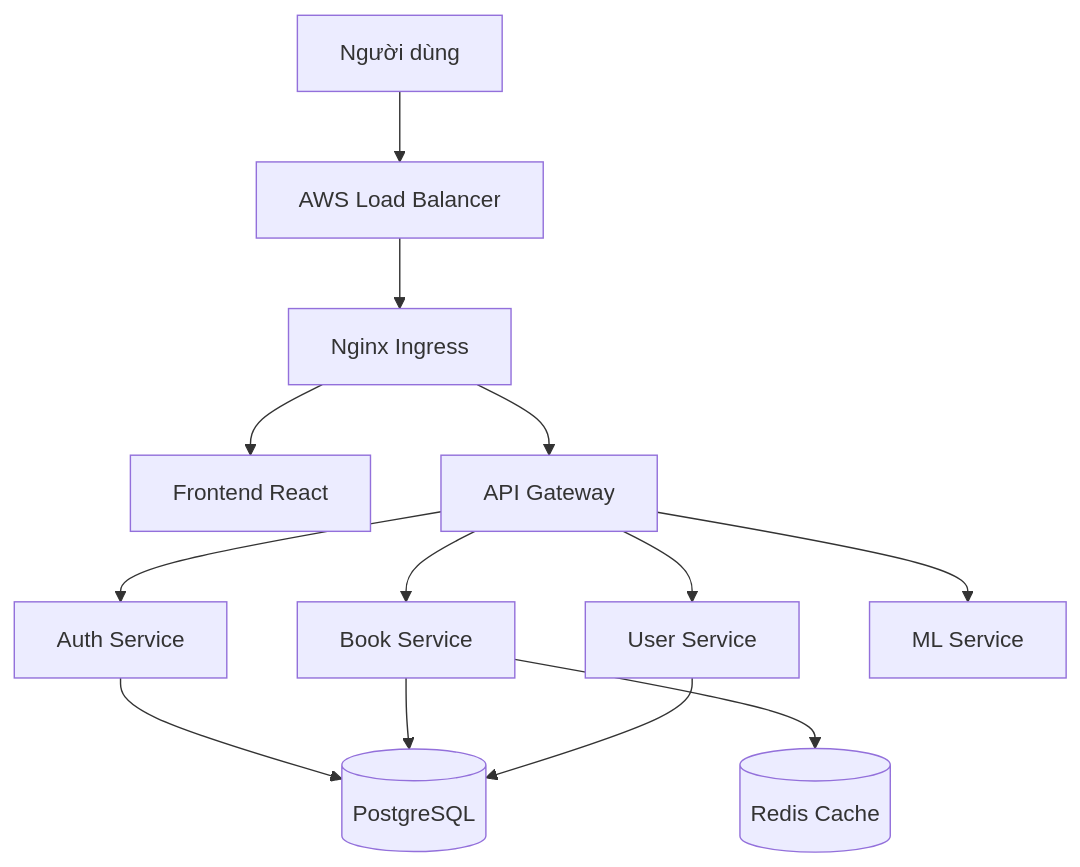
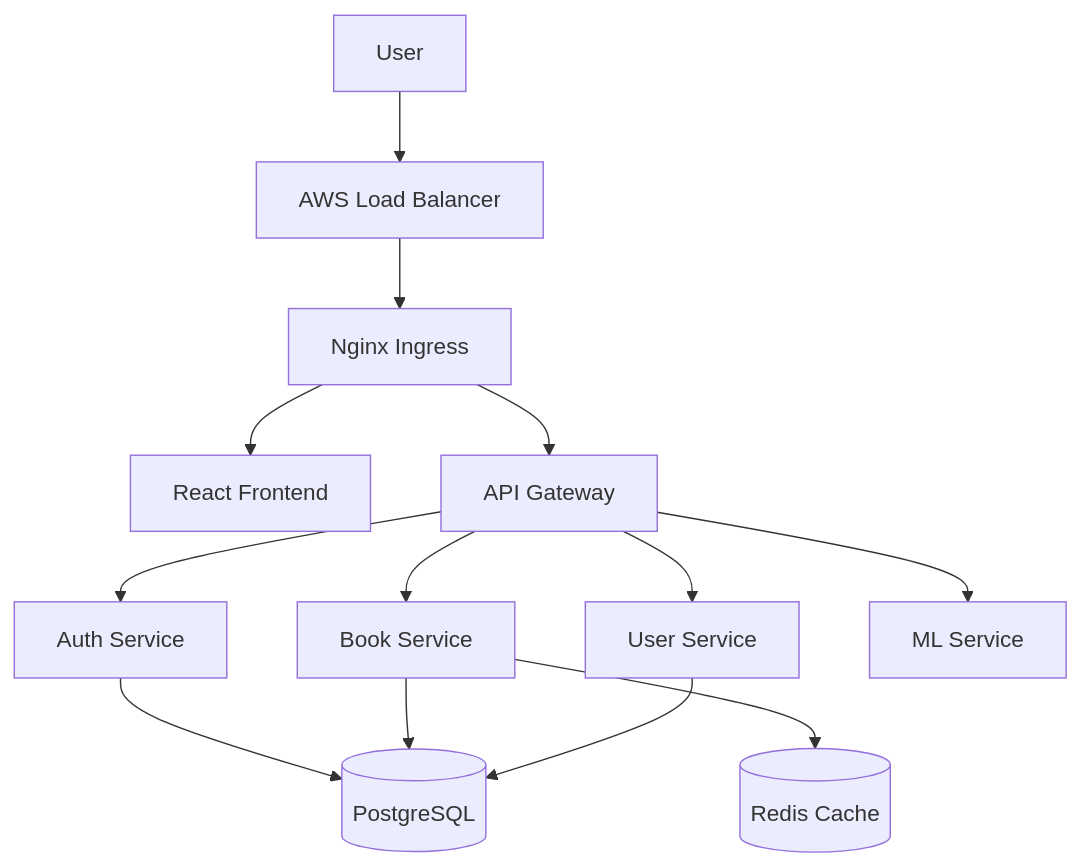
One commit to votrung654/EShelf changed the first of 2 diagrams in README.md. Above: the diagram before and after it, drawn with Mermaid. The commit also changed other lines of this file, not shown here.

````diff
--- a/README.md
+++ b/README.md
@@ -21,15 +21,15 @@
 ```mermaid
 graph TD
-    User["Người dùng"] --> ALB["AWS Load Balancer"]
+    User["User"] --> ALB["AWS Load Balancer"]
     ALB --> Ingress["Nginx Ingress"]
-    Ingress --> Frontend["Frontend React"]
+    Ingress --> Frontend["React Frontend"]
     Ingress --> API["API Gateway"]
     
     API --> Auth["Auth Service"]
     API --> Book["Book Service"]
     API --> UserSvc["User Service"]
     API --> ML["ML Service"]
     
     Auth & Book & UserSvc --> DB[("PostgreSQL")]
     Book --> Redis[("Redis Cache")]
 ```
````
